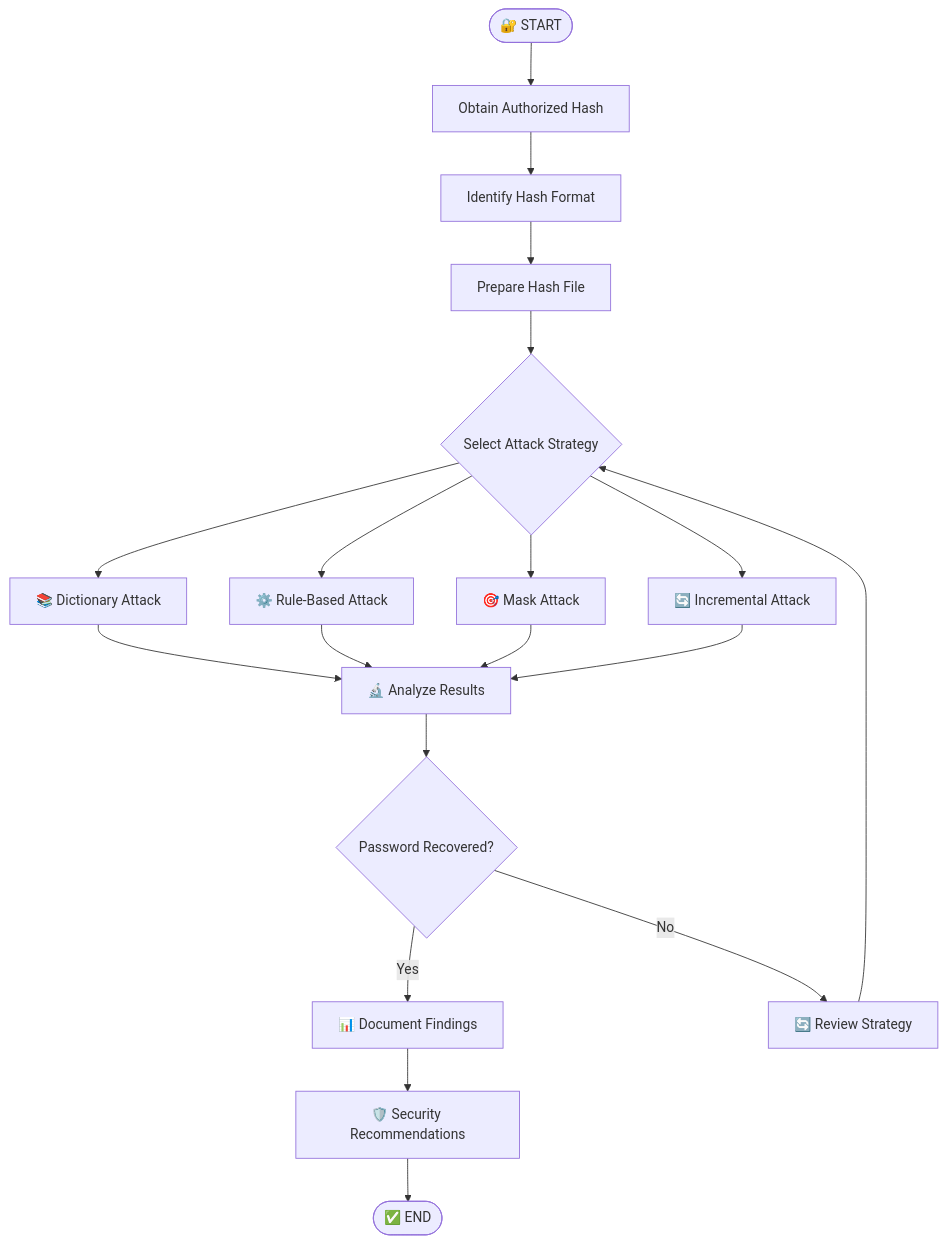
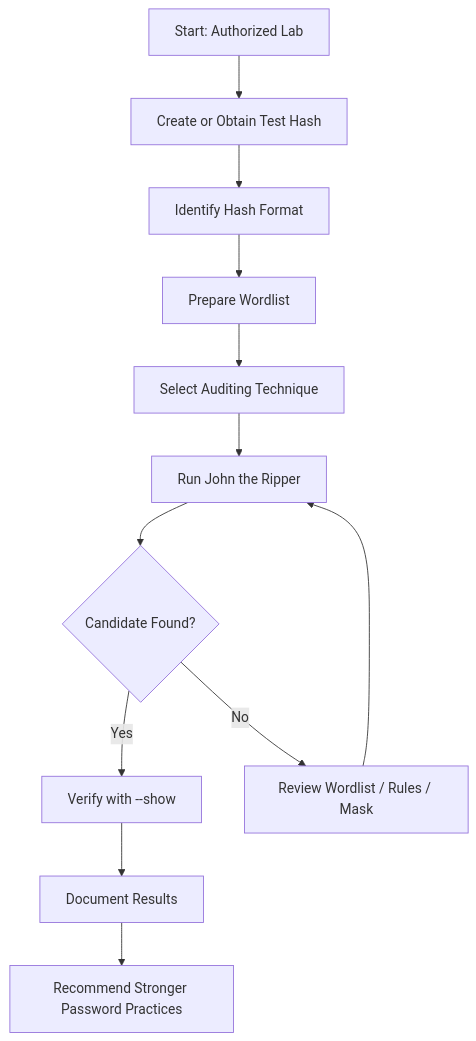
One commit to omjeeojha0105-jpg/john-the-ripper-mastery changed the diagram in README.md. Above: the diagram before and after it, drawn with Mermaid. The commit also changed other lines of this file, not shown here.

````diff
--- a/README.md
+++ b/README.md
@@ -394,21 +405,14 @@
 ```mermaid
 flowchart TD
-    A(["🔐 START"]) --> B["Obtain Authorized Hash"]
+    A["Start: Authorized Lab"] --> B["Create or Obtain Test Hash"]
     B --> C["Identify Hash Format"]
-    C --> D["Prepare Hash File"]
-    D --> E{"Select Attack Strategy"}
-    E --> F["📚 Dictionary Attack"]
-    E --> G["⚙️ Rule-Based Attack"]
-    E --> H["🎯 Mask Attack"]
-    E --> I["🔄 Incremental Attack"]
-    F --> J["🔬 Analyze Results"]
-    G --> J
-    H --> J
-    I --> J
-    J --> K{"Password Recovered?"}
-    K -->|Yes| L["📊 Document Findings"]
-    K -->|No| M["🔄 Review Strategy"]
-    M --> E
-    L --> N["🛡️ Security Recommendations"]
-    N --> O(["✅ END"])
+    C --> D["Prepare Wordlist"]
+    D --> E["Select Auditing Technique"]
+    E --> F["Run John the Ripper"]
+    F --> G{"Candidate Found?"}
+    G -->|Yes| H["Verify with --show"]
+    G -->|No| I["Review Wordlist / Rules / Mask"]
+    I --> F
+    H --> J["Document Results"]
+    J --> K["Recommend Stronger Password Practices"]
 ```
````
